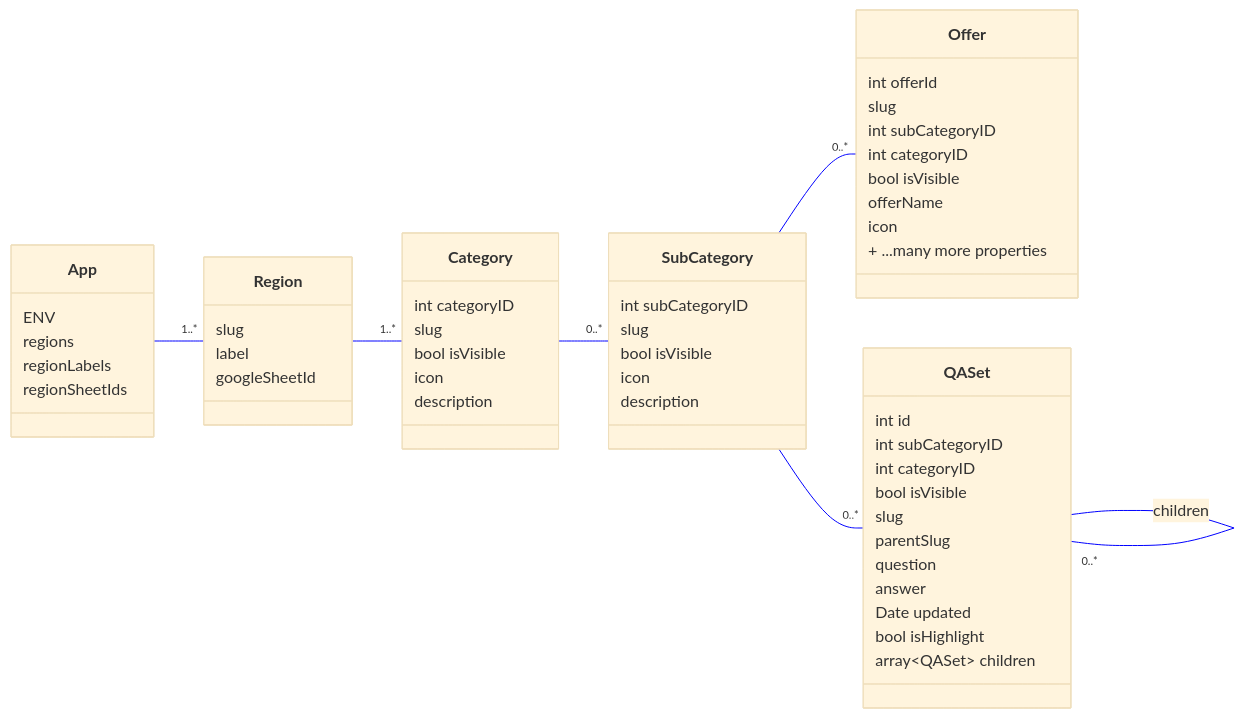
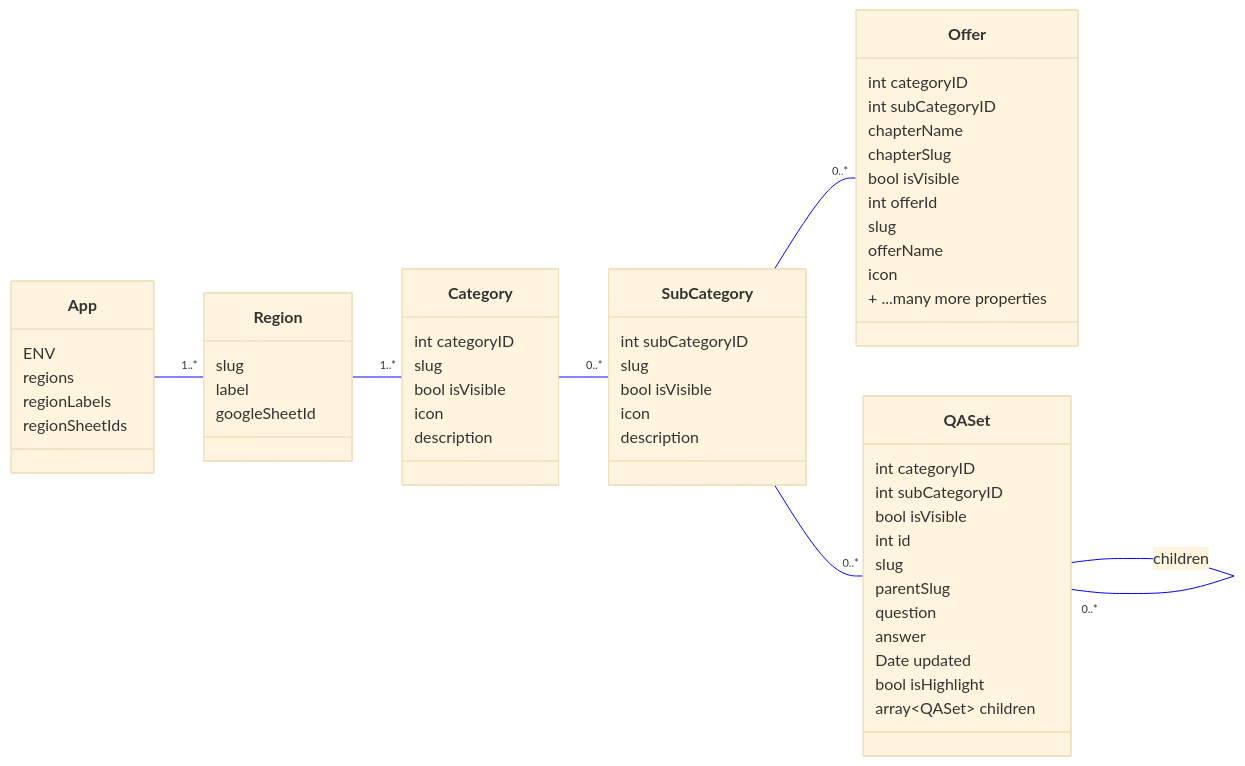
One commit to rodekruis/helpful-information changed the first of 2 diagrams in README.md. Above: the diagram before and after it, drawn with Mermaid. The commit also changed other lines of this file and 10 other files, not shown here.

First line of the commit message:
feat: Separate Offers on Sub-Category-pages by self-defined Chapter-names

````diff
--- a/README.md
+++ b/README.md
@@ -191,66 +191,68 @@
 ```mermaid
 %%{ init:{ 'theme':'base', 'themeVariables':{'lineColor':'blue'} }}%%
 
 classDiagram
   class App {
     ENV
     regions
     regionLabels
     regionSheetIds
   }
 
   class Region {
     slug
     label
     googleSheetId
   }
 
   class Category {
     int categoryID
     slug
     bool isVisible
     icon
     description
   }
 
   class SubCategory {
     int subCategoryID
     slug
     bool isVisible
     icon
     description
   }
 
   class Offer {
+    int categoryID
+    int subCategoryID
+    chapterName
+    chapterSlug
+    bool isVisible
     int offerId
     slug
-    int subCategoryID
-    int categoryID
-    bool isVisible
     offerName
     icon
     + ...many more properties
   }
 
   class QASet {
+    int categoryID
+    int subCategoryID
+    bool isVisible
     int id
-    int subCategoryID
-    int categoryID
-    bool isVisible
     slug
     parentSlug
     question
     answer
     Date updated
     bool isHighlight
     array~QASet~ children
   }
 
   direction LR
     App -- "1..*" Region
     Region -- "1..*" Category
     Category -- "0..*" SubCategory
     SubCategory -- "0..*" Offer
     SubCategory -- "0..*" QASet
     QASet -- "0..*" QASet : children
 ```
````
